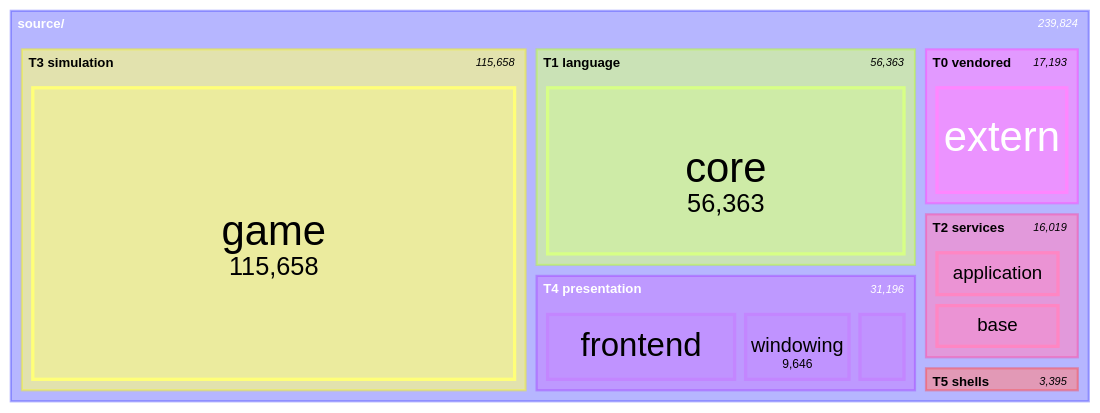
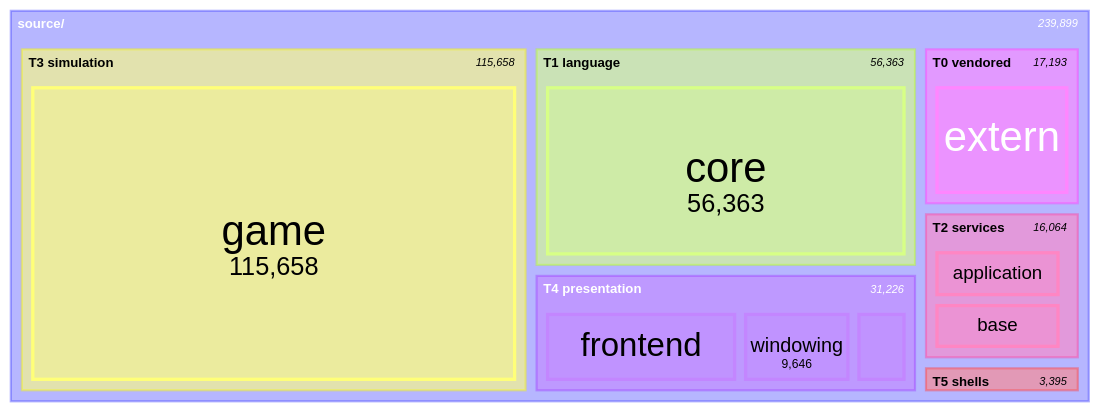
Before and after one commit to apnex/OpenStarbound: the seventh of 11 diagrams in docs/architecture/system-boundaries.md, drawn with Mermaid. The commit also changed other lines of this file and 11 other files, not shown here.

````diff
--- a/docs/architecture/system-boundaries.md
+++ b/docs/architecture/system-boundaries.md
@@ -592,22 +592,22 @@
 ```mermaid
 treemap-beta
 "source/"
     "T0 vendored"
         "extern": 17193
     "T1 language"
         "core": 56363
     "T2 services"
-        "application": 7562
+        "application": 7607
         "base": 7468
         "metrics": 847
         "platform": 142
     "T3 simulation"
         "game": 115658
     "T4 presentation"
         "frontend": 16863
         "windowing": 9646
-        "rendering": 4687
+        "rendering": 4717
     "T5 shells"
         "client": 2612
         "server": 783
 ```
````
